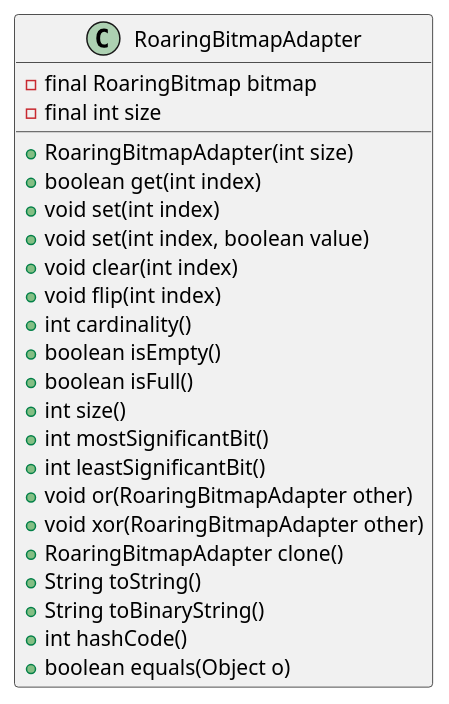
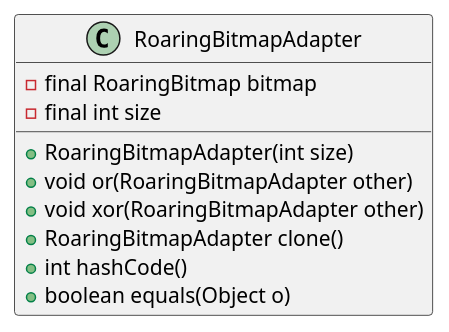
Before and after one commit to Kevin-L-Github/asd-project: the diagram in src/main/plantuml/RoaringBitmapAdapter.puml, drawn with PlantUML. The commit also changed 11 other files, not shown here.

Commit message:
Altri UML

```diff
--- a/src/main/plantuml/RoaringBitmapAdapter.puml
+++ b/src/main/plantuml/RoaringBitmapAdapter.puml
@@ -1,27 +1,14 @@
 @startuml
 
 class RoaringBitmapAdapter {
     - final RoaringBitmap bitmap
     - final int size
 
     + RoaringBitmapAdapter(int size)
-    + boolean get(int index)
-    + void set(int index)
-    + void set(int index, boolean value)
-    + void clear(int index)
-    + void flip(int index)
-    + int cardinality()
-    + boolean isEmpty()
-    + boolean isFull()
-    + int size()
-    + int mostSignificantBit()
-    + int leastSignificantBit()
     + void or(RoaringBitmapAdapter other)
     + void xor(RoaringBitmapAdapter other)
     + RoaringBitmapAdapter clone()
-    + String toString()
-    + String toBinaryString()
     + int hashCode()
     + boolean equals(Object o)
 }
 @enduml
```
